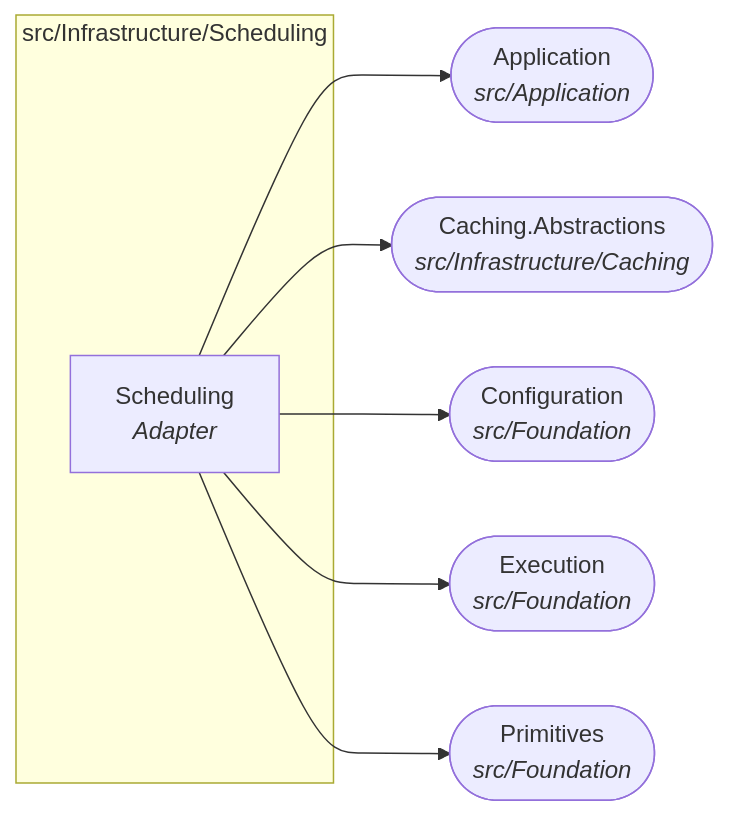
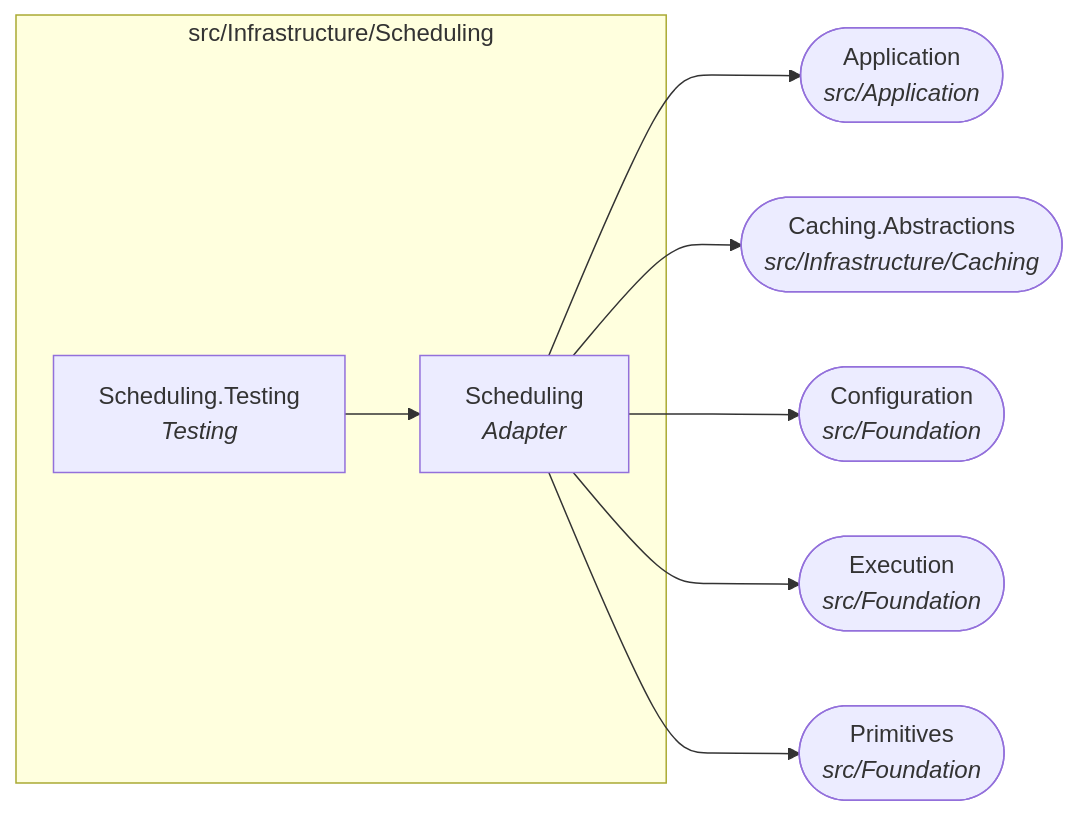
One commit to Gresta-Vertex-Labs/platform-shared-kernel changed diagram 15 of 22 in docs/dependency-graph.md. Above: the diagram before and after it, drawn with Mermaid. The commit also changed other lines of this file and 508 other files, not shown here.

````diff
--- a/docs/dependency-graph.md
+++ b/docs/dependency-graph.md
@@ -517,16 +562,18 @@
 ```mermaid
 flowchart LR
   subgraph folder_src_Infrastructure_Scheduling["src/Infrastructure/Scheduling"]
     SharedKernel_Scheduling["Scheduling<br/><i>Adapter</i>"]
+    SharedKernel_Scheduling_Testing["Scheduling.Testing<br/><i>Testing</i>"]
   end
   SharedKernel_Application(["Application<br/><i>src/Application</i>"])
   SharedKernel_Caching_Abstractions(["Caching.Abstractions<br/><i>src/Infrastructure/Caching</i>"])
   SharedKernel_Configuration(["Configuration<br/><i>src/Foundation</i>"])
   SharedKernel_Execution(["Execution<br/><i>src/Foundation</i>"])
   SharedKernel_Primitives(["Primitives<br/><i>src/Foundation</i>"])
   SharedKernel_Scheduling --> SharedKernel_Application
   SharedKernel_Scheduling --> SharedKernel_Caching_Abstractions
   SharedKernel_Scheduling --> SharedKernel_Configuration
   SharedKernel_Scheduling --> SharedKernel_Execution
   SharedKernel_Scheduling --> SharedKernel_Primitives
+  SharedKernel_Scheduling_Testing --> SharedKernel_Scheduling
 ```
````
